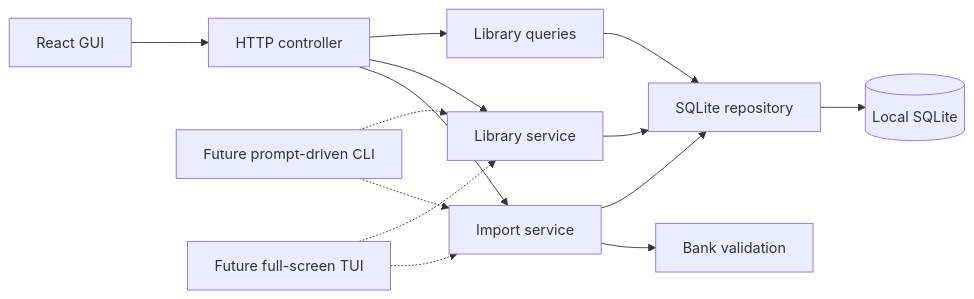
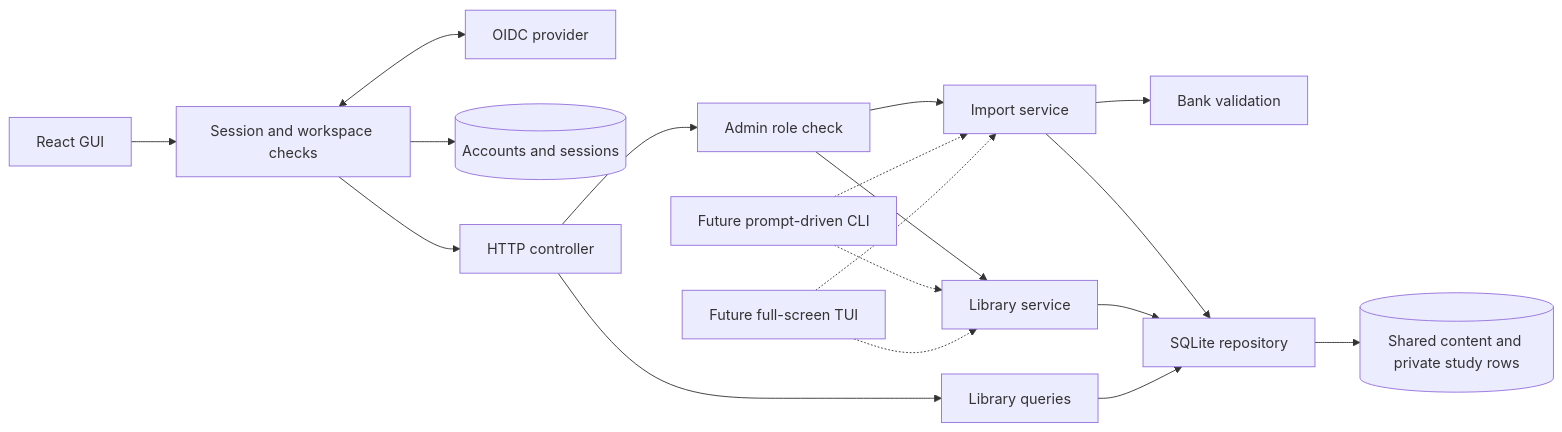
The diagram in docs/architecture.md (thomastickle/certification-study-tool), drawn with Mermaid before and after one commit. The commit also changed other lines of this file and 49 other files, not shown here.

First line of the commit message:
Add shared banks with private account study progress

````diff
--- a/docs/architecture.md
+++ b/docs/architecture.md
@@ -6,16 +7,20 @@
 ```mermaid
 flowchart LR
-  GUI[React GUI] --> HTTP[HTTP controller]
-  HTTP --> Import[Import service]
-  HTTP --> Library[Library service]
+  GUI[React GUI] --> Auth[Session and workspace checks]
+  Auth <--> Provider[OIDC provider]
+  Auth --> Accounts[(Accounts and sessions)]
+  Auth --> HTTP[HTTP controller]
+  HTTP --> Admin[Admin role check]
+  Admin --> Import[Import service]
+  Admin --> Library[Library service]
   HTTP --> Queries[Library queries]
   Import --> Validation[Bank validation]
   Import --> Repo[SQLite repository]
   Library --> Repo
   Queries --> Repo
-  Repo --> DB[(Local SQLite)]
+  Repo --> DB[(Shared content and private study rows)]
   CLI[Future prompt-driven CLI] -.-> Import
   CLI -.-> Library
   TUI[Future full-screen TUI] -.-> Import
   TUI -.-> Library
 ```
````
